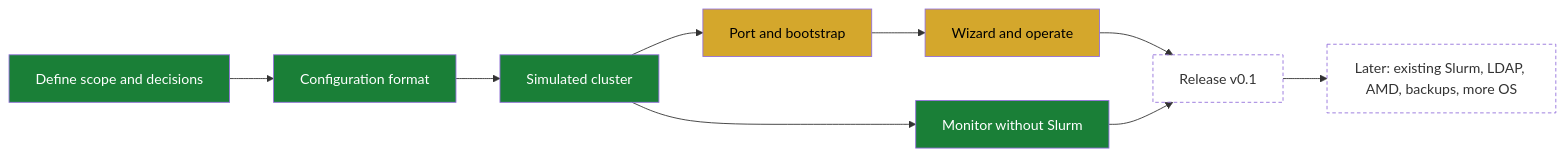
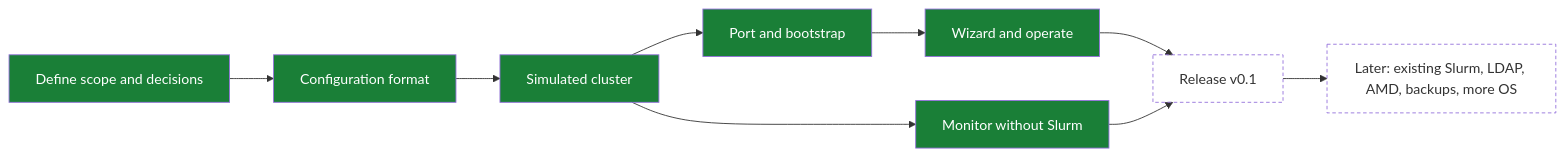
The first of 2 diagrams in PROJECT.md (enajx/nanoHPC), drawn with Mermaid before and after one commit. The commit also changed other lines of this file, not shown here.

First line of the commit message:
Record completed bootstrap and redeploy work

````diff
--- a/PROJECT.md
+++ b/PROJECT.md
@@ -38,15 +38,15 @@
 ```mermaid
 flowchart LR
   classDef done fill:#1a7f37,color:#fff
   classDef wip fill:#d4a72c,color:#000
   classDef queued fill:none,stroke-dasharray:4 3
 
   P1[Define scope and decisions]:::done --> P2[Configuration format]:::done
   P2 --> P3[Simulated cluster]:::done
-  P3 --> P4[Port and bootstrap]:::wip
+  P3 --> P4[Port and bootstrap]:::done
   P3 --> MON[Monitor without Slurm]:::done
-  P4 --> P5[Wizard and operate]:::wip
+  P4 --> P5[Wizard and operate]:::done
   P5 --> P6[Release v0.1]:::queued
   MON --> P6
   P6 --> P7[Later: existing Slurm, LDAP, AMD, backups, more OS]:::queued
 ```
````
